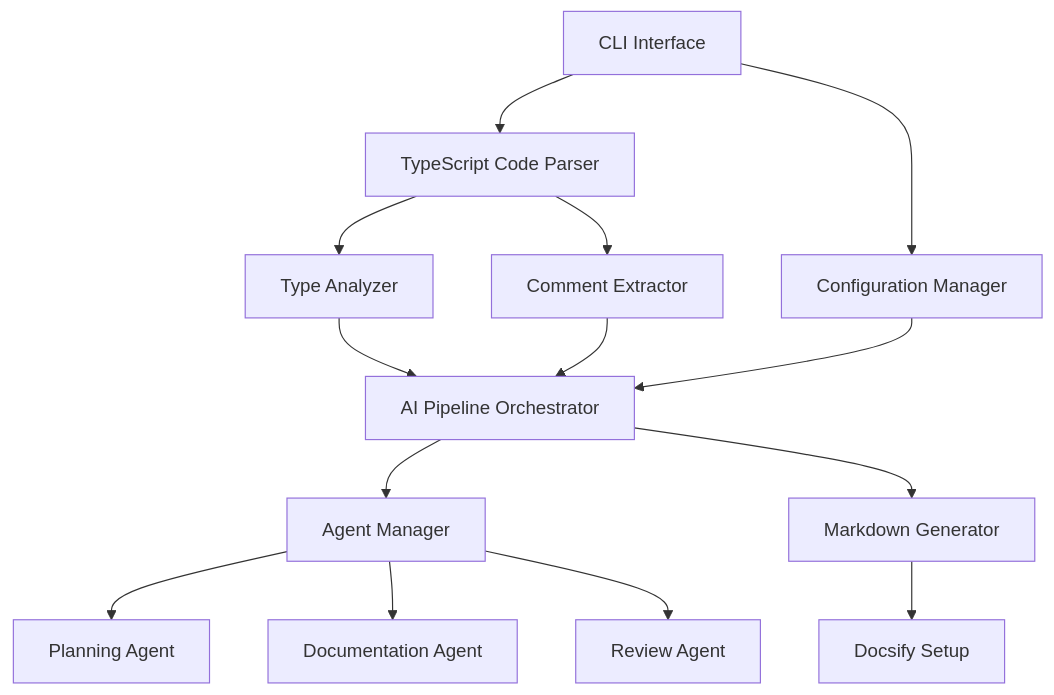
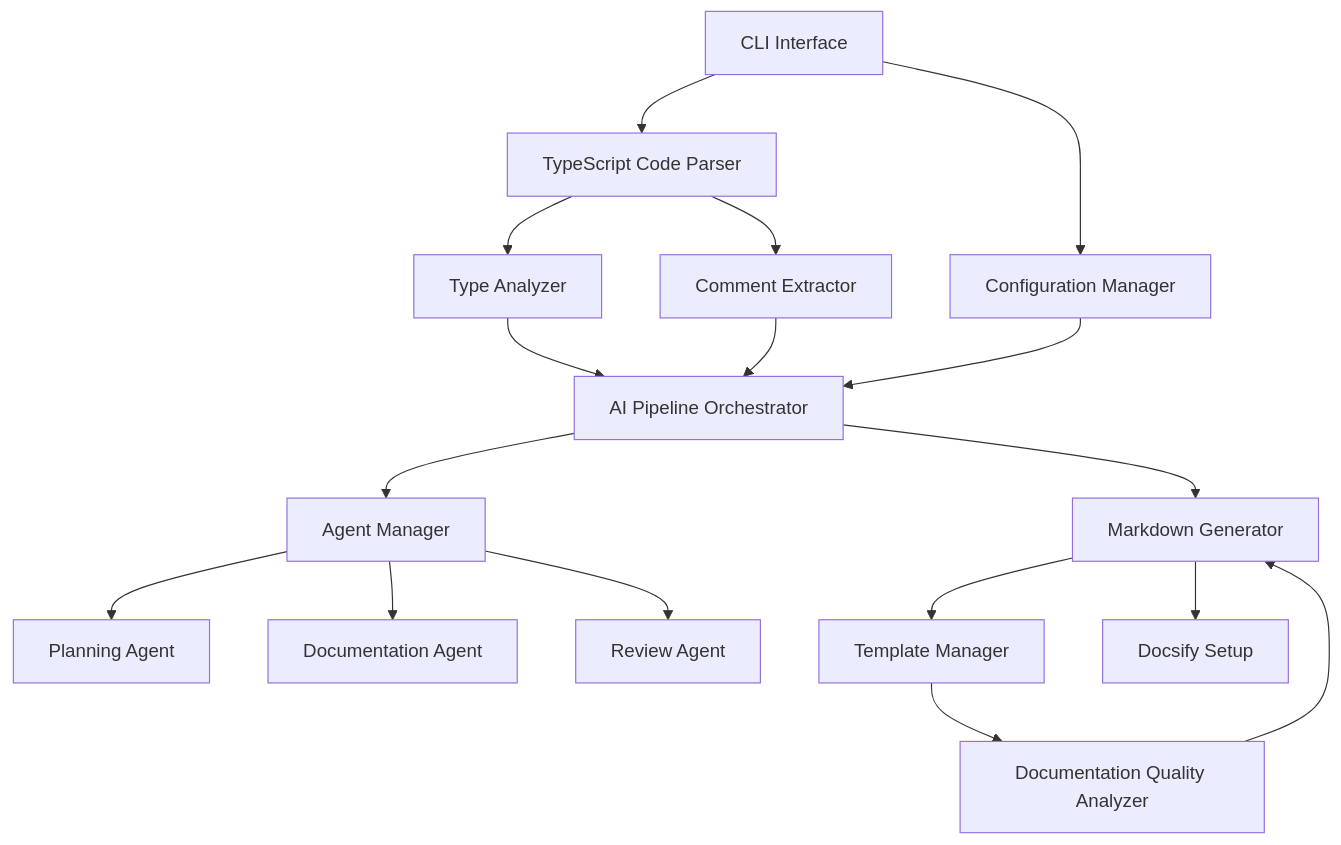
The first of 2 diagrams in TDD.md (jkhoffman/hermes-docgen), drawn with Mermaid before and after one commit. The commit also changed other lines of this file and 1 other file, not shown here.

First line of the commit message:
Update documentation files

````diff
--- a/TDD.md
+++ b/TDD.md
@@ -11,16 +11,19 @@
 ```mermaid
 graph TD
     CLI[CLI Interface] --> Config[Configuration Manager]
     CLI --> CodeParser[TypeScript Code Parser]
     CodeParser --> TypeAnalyzer[Type Analyzer]
     CodeParser --> CommentExtractor[Comment Extractor]
     TypeAnalyzer --> AIPipeline[AI Pipeline Orchestrator]
     CommentExtractor --> AIPipeline
     AIPipeline --> AgentManager[Agent Manager]
     AgentManager --> PlanningAgent[Planning Agent]
     AgentManager --> DocumentationAgent[Documentation Agent]
     AgentManager --> ReviewAgent[Review Agent]
     AIPipeline --> MarkdownGen[Markdown Generator]
+    MarkdownGen --> TemplateManager[Template Manager]
     Config --> AIPipeline
     MarkdownGen --> DocsifySetup[Docsify Setup]
+    TemplateManager --> DocQualityAnalyzer[Documentation Quality Analyzer]
+    DocQualityAnalyzer --> MarkdownGen
 ```
````
